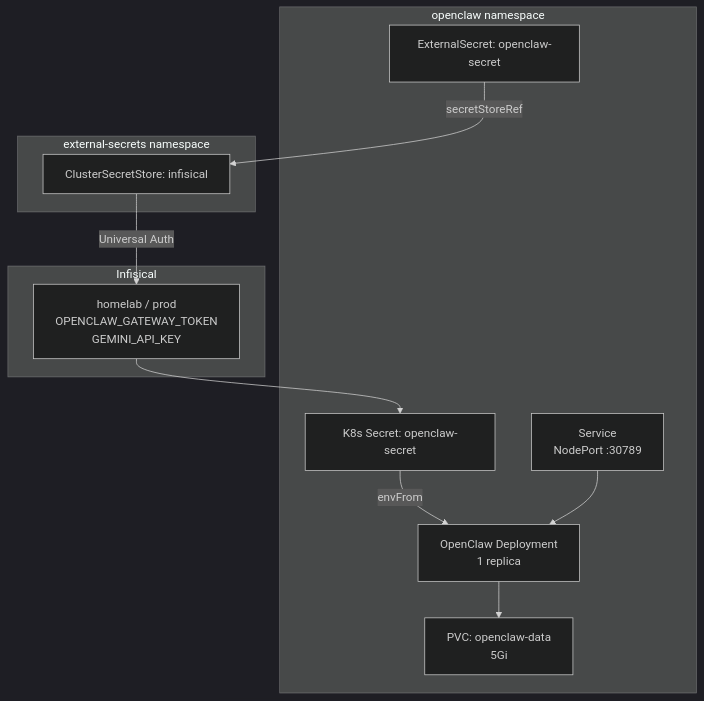
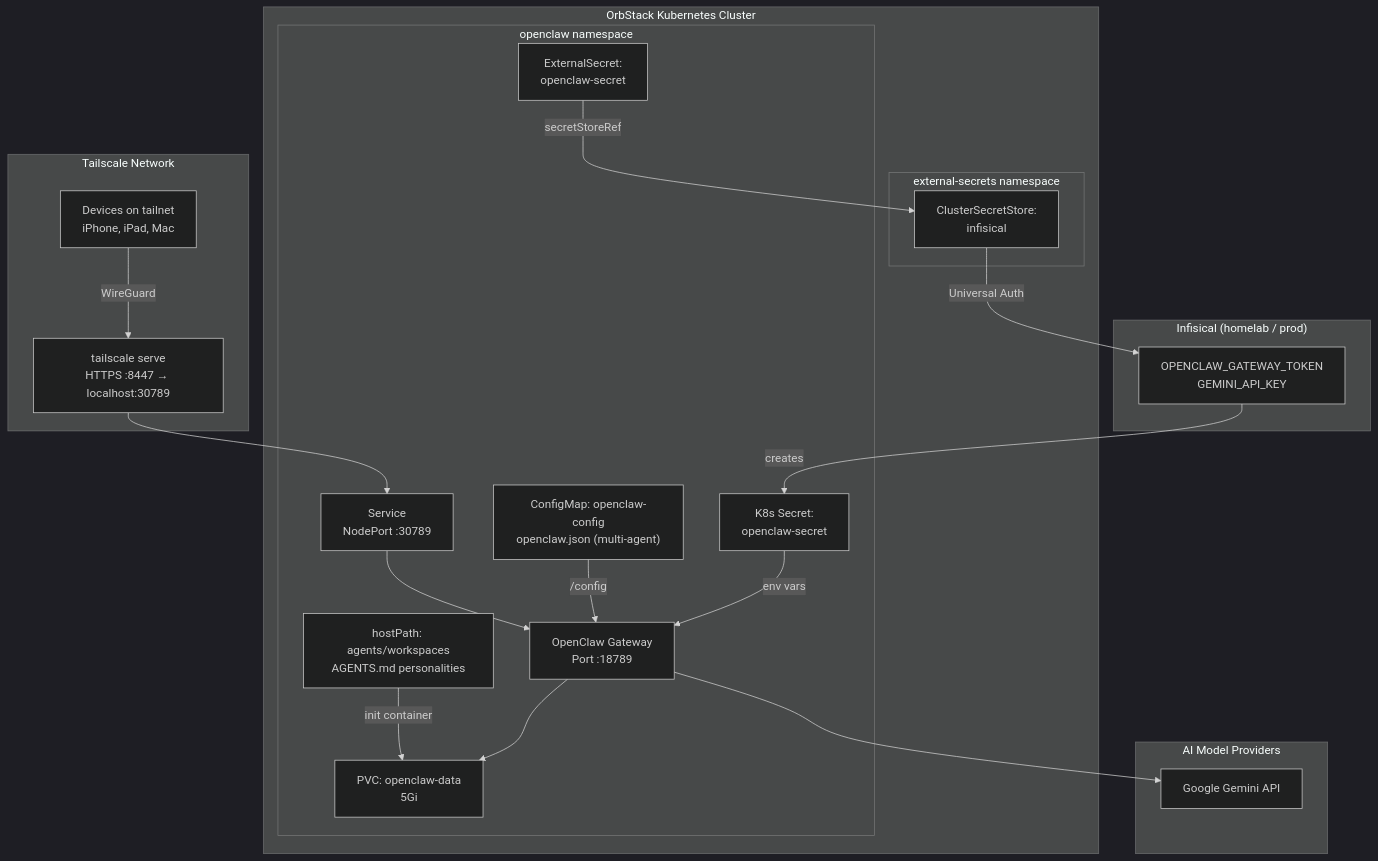
Before and after one commit to haingth77/homelab: the first of 4 diagrams in k8s/apps/openclaw/README.md, drawn with Mermaid (dark theme). The commit also changed other lines of this file and 12 other files, not shown here.

````diff
--- a/k8s/apps/openclaw/README.md
+++ b/k8s/apps/openclaw/README.md
@@ -7,25 +7,43 @@
 ```mermaid
 flowchart TD
-    subgraph openclawNs["openclaw namespace"]
-        Deployment["OpenClaw Deployment\n1 replica"]
-        Svc["Service\nNodePort :30789"]
-        PVC["PVC: openclaw-data\n5Gi"]
-        ES["ExternalSecret: openclaw-secret"]
-        K8sSecret["K8s Secret: openclaw-secret"]
+    subgraph tailnet["Tailscale Network"]
+        Clients["Devices on tailnet\niPhone, iPad, Mac"]
+        TServe["tailscale serve\nHTTPS :8447 → localhost:30789"]
     end
 
-    subgraph eso["external-secrets namespace"]
-        CSS["ClusterSecretStore: infisical"]
+    subgraph orb["OrbStack Kubernetes Cluster"]
+        subgraph openclawNs["openclaw namespace"]
+            Svc["Service\nNodePort :30789"]
+            Deploy["OpenClaw Gateway\nPort :18789"]
+            CM["ConfigMap: openclaw-config\nopenclaw.json (multi-agent)"]
+            WSHP["hostPath: agents/workspaces\nAGENTS.md personalities"]
+            PVC["PVC: openclaw-data\n5Gi"]
+            ES["ExternalSecret:\nopenclaw-secret"]
+            K8sSecret["K8s Secret:\nopenclaw-secret"]
+        end
+
+        subgraph esoNs["external-secrets namespace"]
+            CSS["ClusterSecretStore:\ninfisical"]
+        end
     end
 
-    subgraph infisical["Infisical"]
-        Secrets["homelab / prod\nOPENCLAW_GATEWAY_TOKEN\nGEMINI_API_KEY"]
+    subgraph infisical["Infisical (homelab / prod)"]
+        InfisicalSecrets["OPENCLAW_GATEWAY_TOKEN\nGEMINI_API_KEY"]
     end
 
+    subgraph providers["AI Model Providers"]
+        Gemini["Google Gemini API"]
+    end
+
+    Clients -- "WireGuard" --> TServe
+    TServe --> Svc
+    Svc --> Deploy
+    CM -- "/config" --> Deploy
+            WSHP -- "init container" --> PVC
+    Deploy --> PVC
     ES -- "secretStoreRef" --> CSS
-    CSS -- "Universal Auth" --> Secrets
-    Secrets --> K8sSecret
-    K8sSecret -- "envFrom" --> Deployment
-    Deployment --> PVC
-    Svc --> Deployment
+    CSS -- "Universal Auth" --> InfisicalSecrets
+    InfisicalSecrets -- "creates" --> K8sSecret
+    K8sSecret -- "env vars" --> Deploy
+    Deploy --> Gemini
 ```
````
